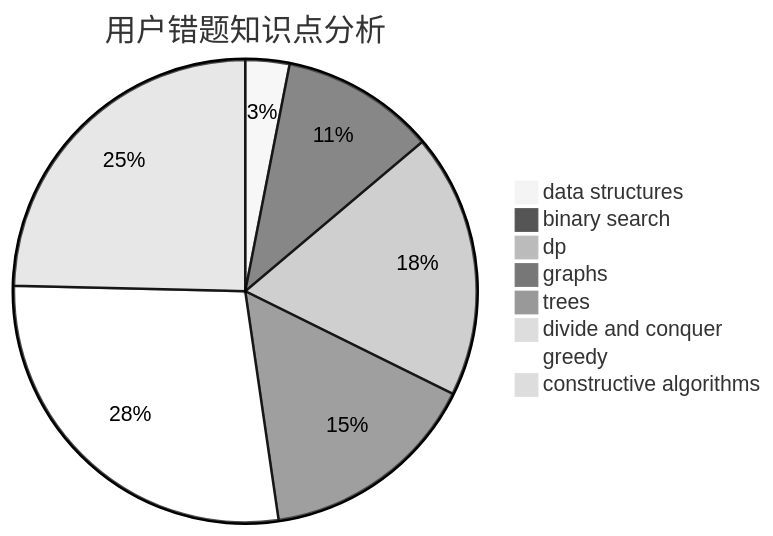
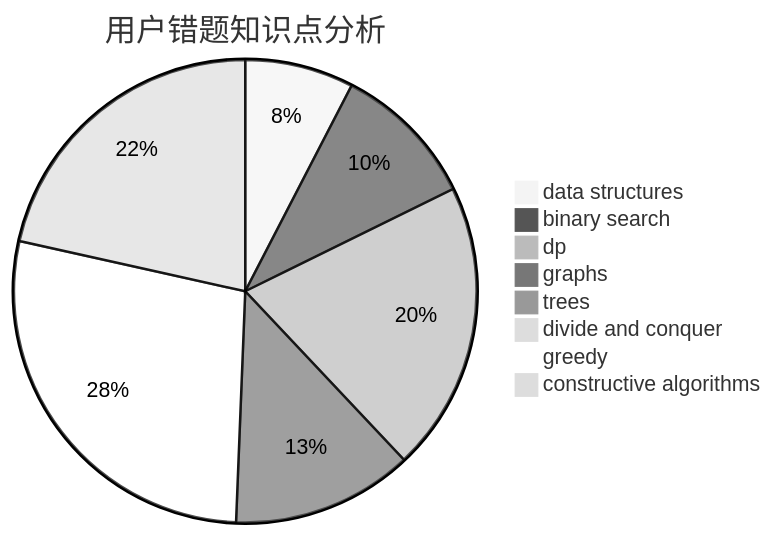
Before and after one commit to sherpahu/cfrs.github.io: the third of 3 diagrams in docs/user/u21.md, drawn with Mermaid (neutral theme). The commit also changed other lines of this file and 2770 other files, not shown here.

````diff
--- a/docs/user/u21.md
+++ b/docs/user/u21.md
@@ -36,11 +36,11 @@
 ```mermaid
 pie title 用户错题知识点分析
-    "data structures" :  2
-    "binary search" :  7
-    "dp" :  12
+    "data structures" :  6
+    "binary search" :  8
+    "dp" :  16
     "graphs" :  10
     "trees" :  0
     "divide and conquer" :  0
-    "greedy" :  18
-    "constructive algorithms" :  16
+    "greedy" :  22
+    "constructive algorithms" :  17
 ```
````
